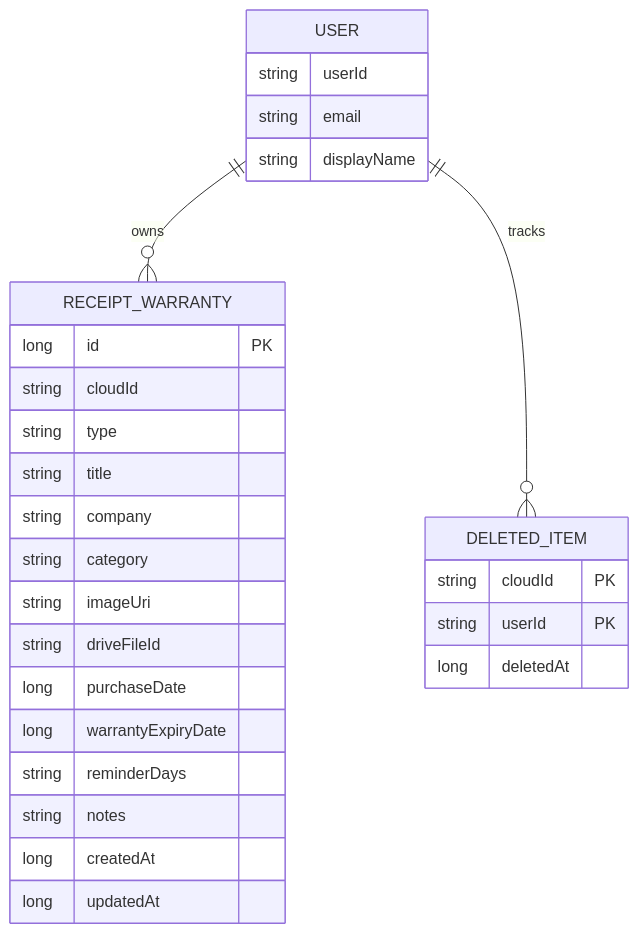
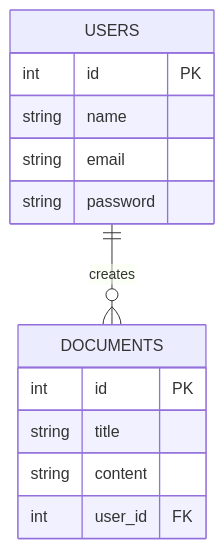
The second of 4 diagrams in projectreport.md (Ayushx404/Receept), drawn with Mermaid before and after one commit. The commit also changed other lines of this file, not shown here.

````diff
--- a/projectreport.md
+++ b/projectreport.md
@@ -253,34 +15,18 @@
 ```mermaid
 erDiagram
-    USER ||--o{ RECEIPT_WARRANTY : owns
-    USER ||--o{ DELETED_ITEM : tracks
-
-    USER {
-        string userId
+    USERS {
+        int id PK
+        string name
         string email
-        string displayName
+        string password
     }
 
-    RECEIPT_WARRANTY {
-        long id PK
-        string cloudId
-        string type
+    DOCUMENTS {
+        int id PK
         string title
-        string company
-        string category
-        string imageUri
-        string driveFileId
-        long purchaseDate
-        long warrantyExpiryDate
-        string reminderDays
-        string notes
-        long createdAt
-        long updatedAt
+        string content
+        int user_id FK
     }
 
-    DELETED_ITEM {
-        string cloudId PK
-        string userId PK
-        long deletedAt
-    }
+    USERS ||--o{ DOCUMENTS : creates
 ```
````
